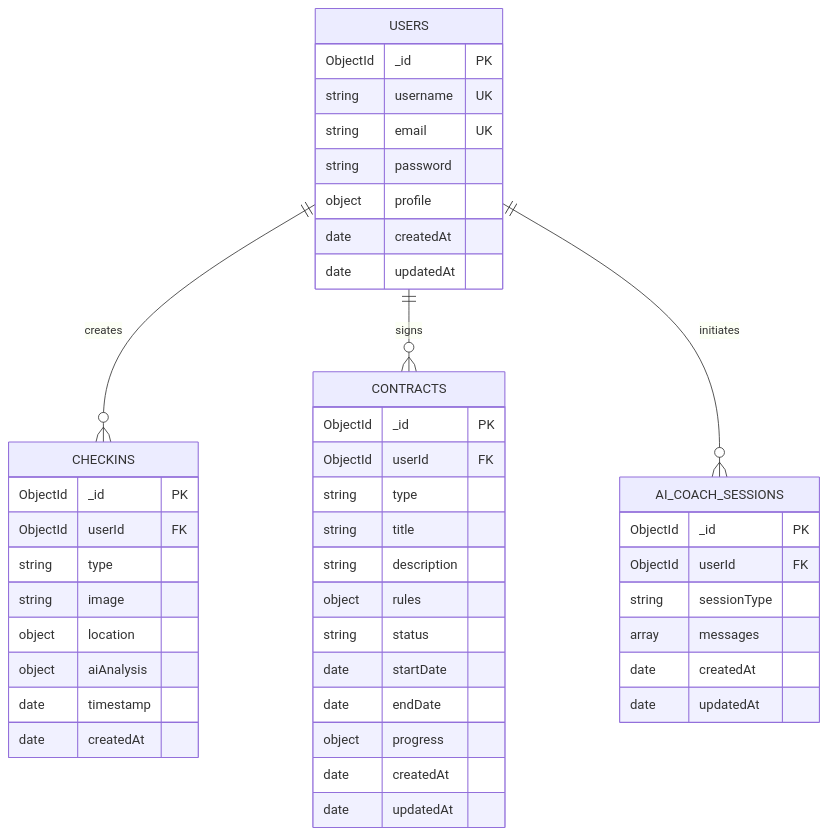
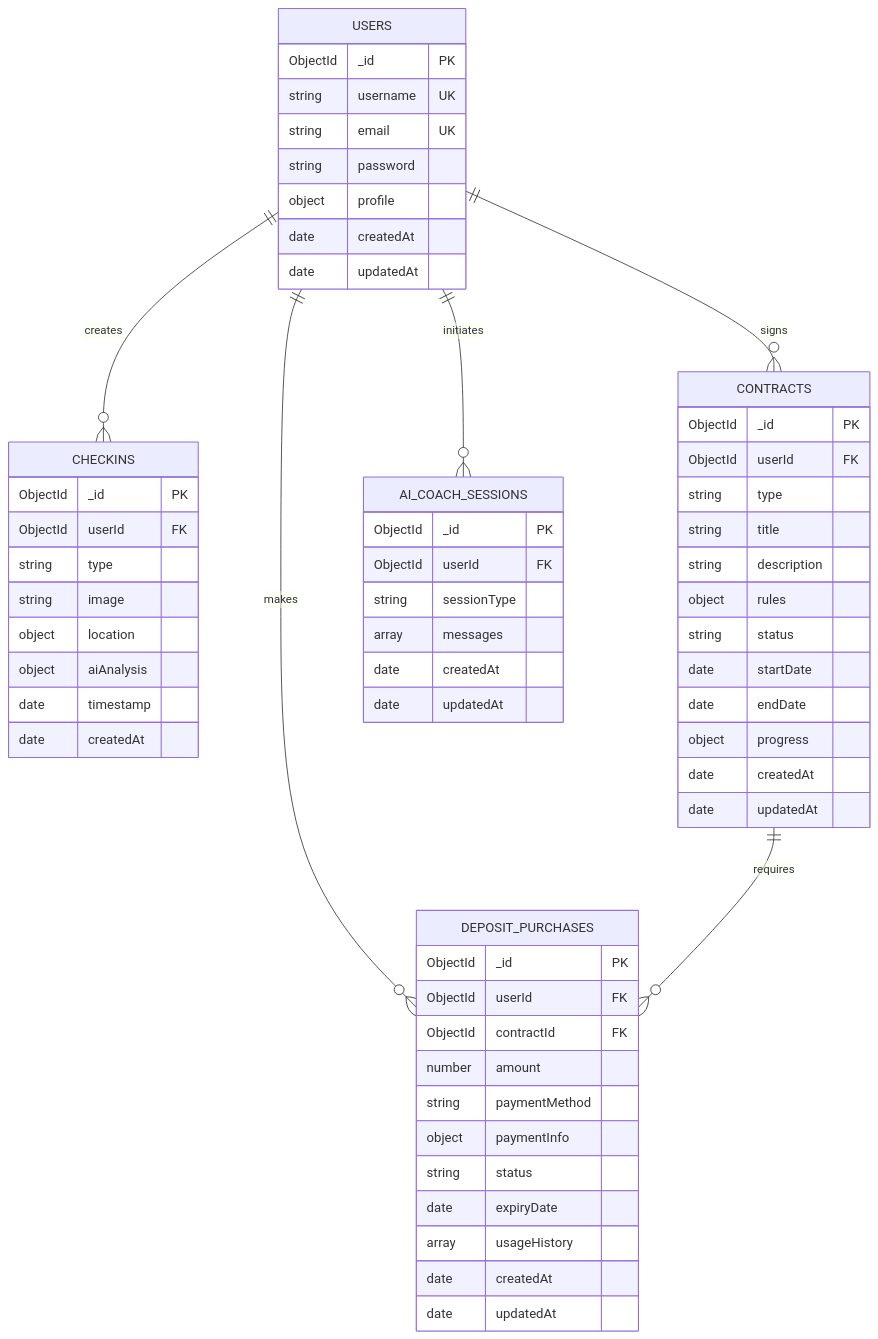
One commit to lyy54088/jsqy changed the diagram in backend_service/DB_Schema.md. Above: the diagram before and after it, drawn with Mermaid. The commit also changed other lines of this file and 162 other files, not shown here.

````diff
--- a/backend_service/DB_Schema.md
+++ b/backend_service/DB_Schema.md
@@ -213,51 +271,67 @@
 ```mermaid
 erDiagram
     USERS ||--o{ CHECKINS : creates
     USERS ||--o{ CONTRACTS : signs
+    USERS ||--o{ DEPOSIT_PURCHASES : makes
     USERS ||--o{ AI_COACH_SESSIONS : initiates
+    CONTRACTS ||--o{ DEPOSIT_PURCHASES : requires
     
     USERS {
         ObjectId _id PK
         string username UK
         string email UK
         string password
         object profile
         date createdAt
         date updatedAt
     }
     
     CHECKINS {
         ObjectId _id PK
         ObjectId userId FK
         string type
         string image
         object location
         object aiAnalysis
         date timestamp
         date createdAt
     }
     
     CONTRACTS {
         ObjectId _id PK
         ObjectId userId FK
         string type
         string title
         string description
         object rules
         string status
         date startDate
         date endDate
         object progress
         date createdAt
         date updatedAt
     }
     
+    DEPOSIT_PURCHASES {
+        ObjectId _id PK
+        ObjectId userId FK
+        ObjectId contractId FK
+        number amount
+        string paymentMethod
+        object paymentInfo
+        string status
+        date expiryDate
+        array usageHistory
+        date createdAt
+        date updatedAt
+    }
+    
     AI_COACH_SESSIONS {
         ObjectId _id PK
         ObjectId userId FK
         string sessionType
         array messages
         date createdAt
         date updatedAt
     }
 ```
````
